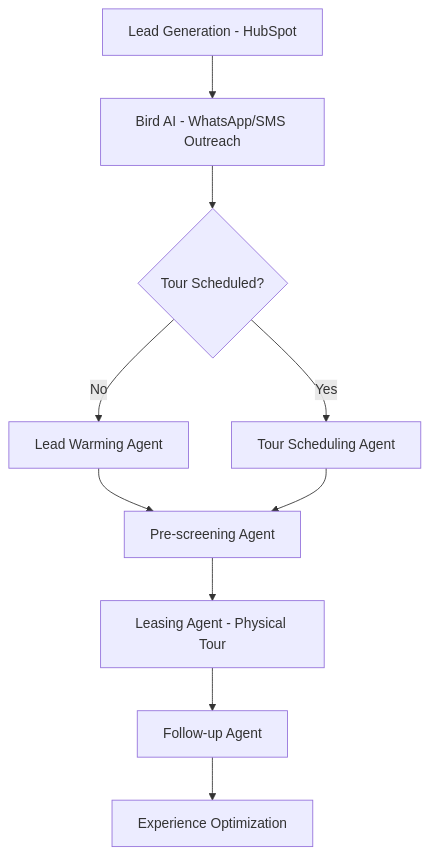
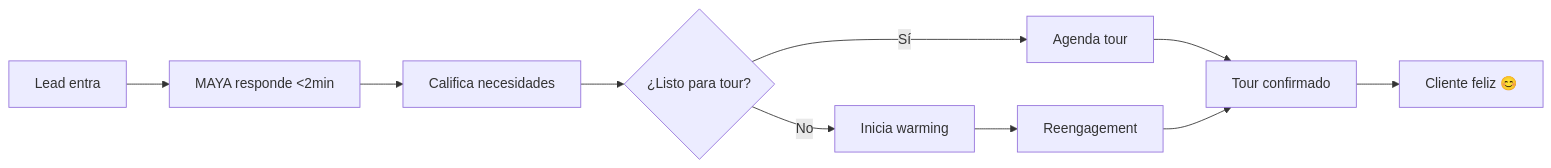
One commit to neeroai/urbanhub changed the diagram in README.md. Above: the diagram before and after it, drawn with Mermaid. The commit also changed other lines of this file and 8 other files, not shown here.

First line of the commit message:
feat(maya): complete Maya AI implementation diagram for CEO presentation

````diff
--- a/README.md
+++ b/README.md
@@ -27,12 +31,12 @@
 ```mermaid
-graph TD
-    A[Lead Generation - HubSpot] --> B[Bird AI - WhatsApp/SMS Outreach]
-    B --> C{Tour Scheduled?}
-    C -->|No| D[Lead Warming Agent]
-    C -->|Yes| E[Tour Scheduling Agent]
-    D --> F[Pre-screening Agent]
-    E --> F
-    F --> G[Leasing Agent - Physical Tour]
-    G --> H[Follow-up Agent]
-    H --> I[Experience Optimization]
+graph LR
+    A[Lead entra] --> B[MAYA responde <2min]
+    B --> C[Califica necesidades]
+    C --> D{¿Listo para tour?}
+    D -->|Sí| E[Agenda tour]
+    D -->|No| F[Inicia warming]
+    F --> G[Reengagement]
+    E --> H[Tour confirmado]
+    G --> H
+    H --> I[Cliente feliz 😊]
 ```
````
